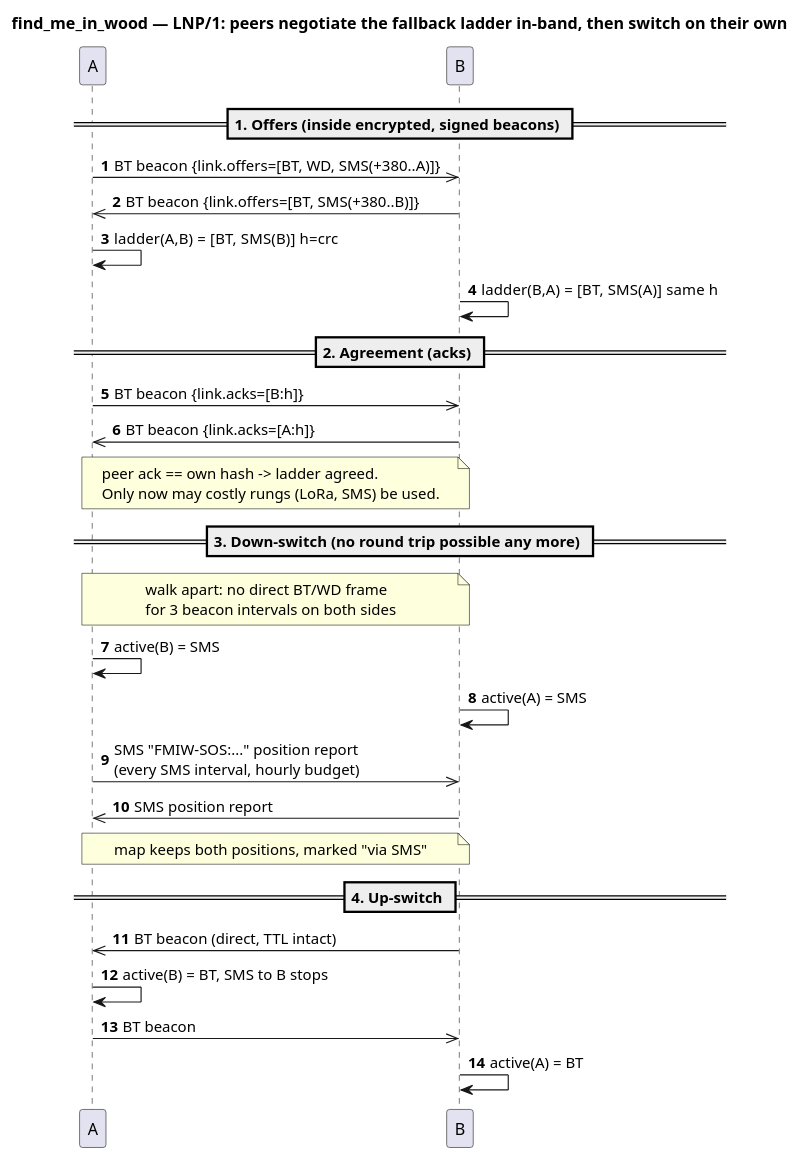
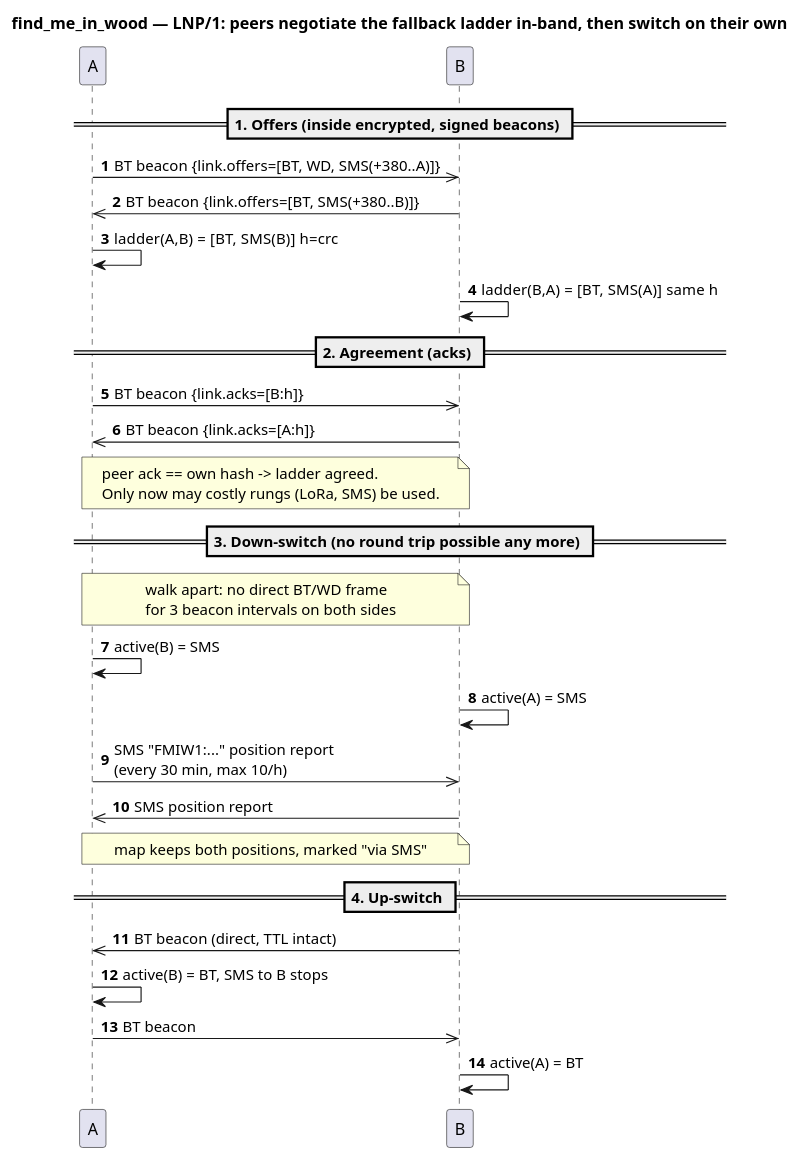
The diagram in specs/001-secure-network-gnss-beacons/edge-switch.wsd (icegood/find_me_in_wood), drawn with PlantUML before and after one commit. The commit also changed 19 other files, not shown here.

First line of the commit message:
Drop SOS mode: reaching a lost member by SMS/satellite is plain LNP/1

```diff
--- a/specs/001-secure-network-gnss-beacons/edge-switch.wsd
+++ b/specs/001-secure-network-gnss-beacons/edge-switch.wsd
@@ -1,31 +1,31 @@
 @startuml
 title find_me_in_wood — LNP/1: peers negotiate the fallback ladder in-band, then switch on their own
 autonumber
 participant "A" as A
 participant "B" as B
 
 == 1. Offers (inside encrypted, signed beacons) ==
 A ->> B : BT beacon {link.offers=[BT, WD, SMS(+380..A)]}
 B ->> A : BT beacon {link.offers=[BT, SMS(+380..B)]}
 A -> A : ladder(A,B) = [BT, SMS(B)]  h=crc
 B -> B : ladder(B,A) = [BT, SMS(A)]  same h
 
 == 2. Agreement (acks) ==
 A ->> B : BT beacon {link.acks=[B:h]}
 B ->> A : BT beacon {link.acks=[A:h]}
 note over A, B : peer ack == own hash -> ladder agreed.\nOnly now may costly rungs (LoRa, SMS) be used.
 
 == 3. Down-switch (no round trip possible any more) ==
 note over A, B : walk apart: no direct BT/WD frame\nfor 3 beacon intervals on both sides
 A -> A : active(B) = SMS
 B -> B : active(A) = SMS
-A ->> B : SMS "FMIW-SOS:..." position report\n(every SMS interval, hourly budget)
+A ->> B : SMS "FMIW1:..." position report\n(every 30 min, max 10/h)
 B ->> A : SMS position report
 note over A, B : map keeps both positions, marked "via SMS"
 
 == 4. Up-switch ==
 B ->> A : BT beacon (direct, TTL intact)
 A -> A : active(B) = BT, SMS to B stops
 A ->> B : BT beacon
 B -> B : active(A) = BT
 @enduml
```
